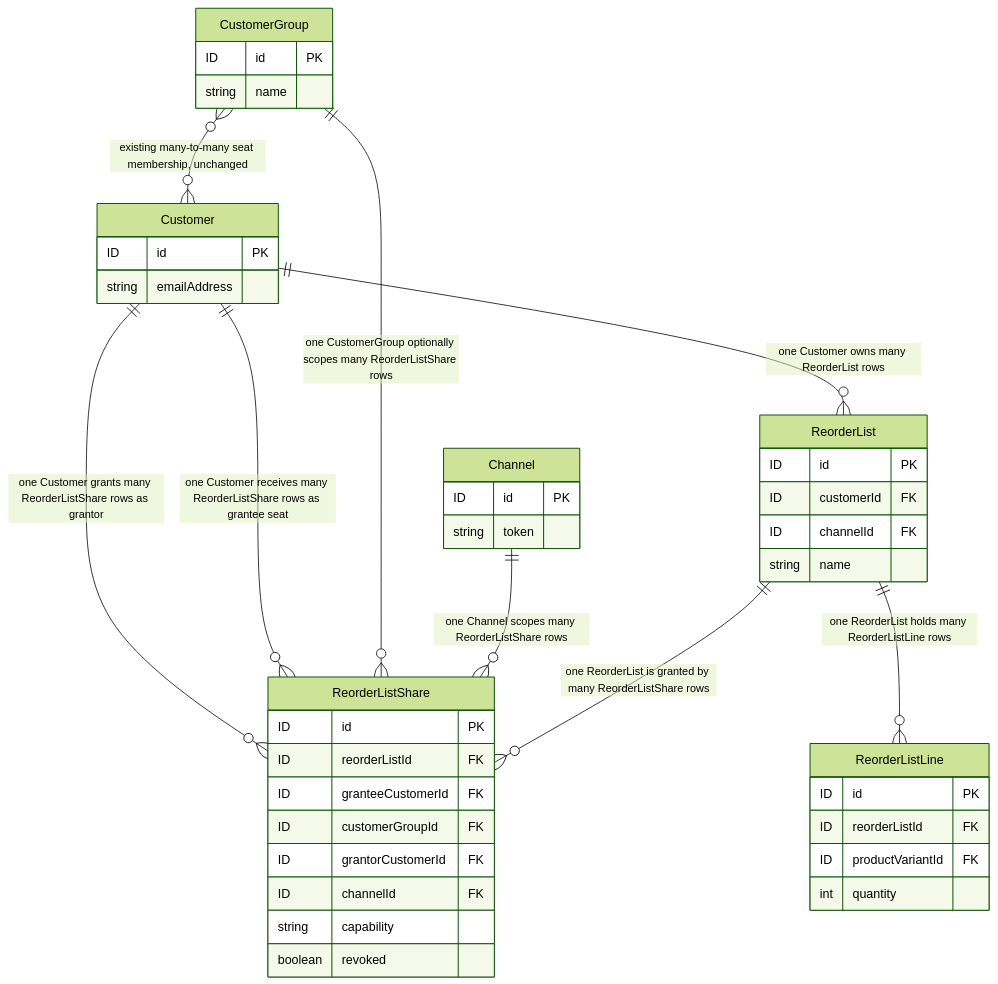
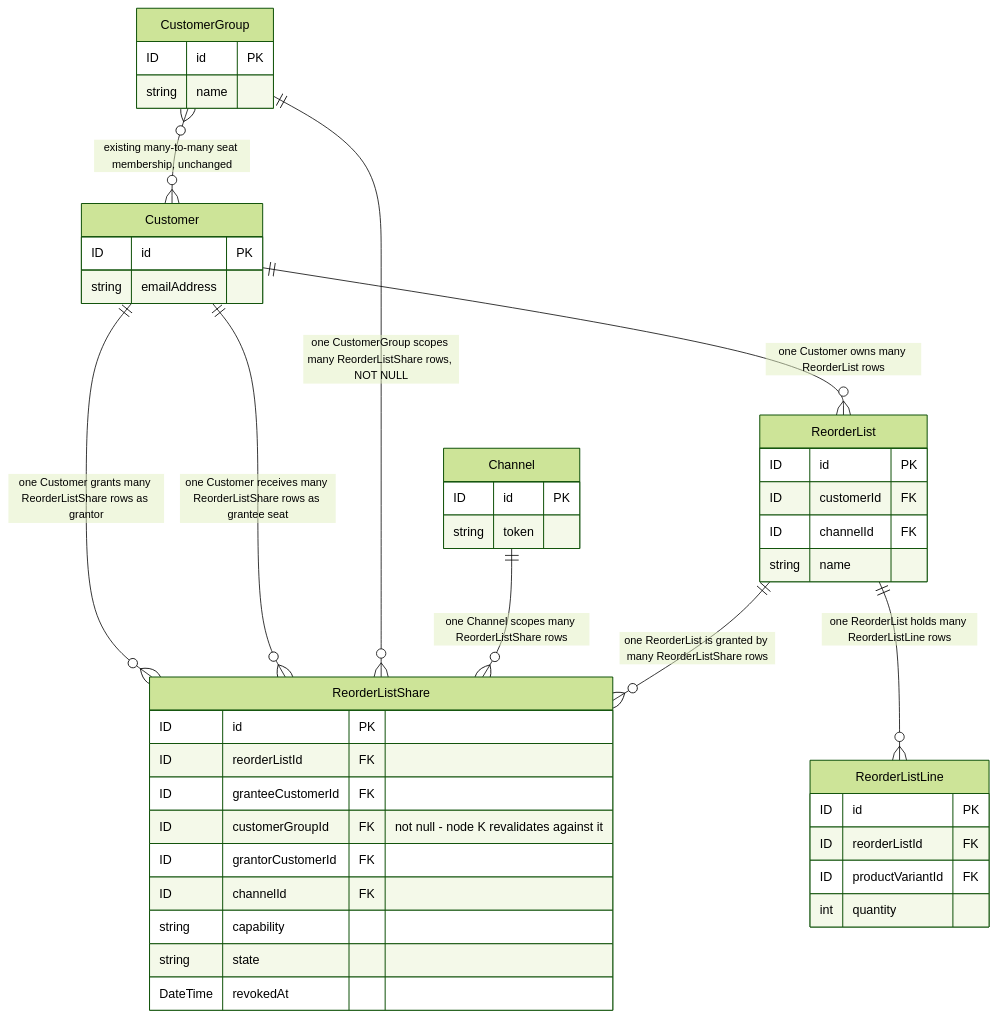
One commit to blitzy-public-samples/vendure changed the first of 2 diagrams in tickets/EPIC-001/FEATURE-001-06-buying-account-list-sharing.md. Above: the diagram before and after it, drawn with Mermaid (forest theme). The commit also changed other lines of this file and 10 other files, not shown here.

````diff
--- a/tickets/EPIC-001/FEATURE-001-06-buying-account-list-sharing.md
+++ b/tickets/EPIC-001/FEATURE-001-06-buying-account-list-sharing.md
@@ -118,55 +273,59 @@
 ```mermaid
 erDiagram
     Customer ||--o{ ReorderList : "one Customer owns many ReorderList rows"
     Customer ||--o{ ReorderListShare : "one Customer grants many ReorderListShare rows as grantor"
     Customer ||--o{ ReorderListShare : "one Customer receives many ReorderListShare rows as grantee seat"
-    CustomerGroup ||--o{ ReorderListShare : "one CustomerGroup optionally scopes many ReorderListShare rows"
+    CustomerGroup ||--o{ ReorderListShare : "one CustomerGroup scopes many ReorderListShare rows, NOT NULL"
     CustomerGroup }o--o{ Customer : "existing many-to-many seat membership, unchanged"
     Channel ||--o{ ReorderListShare : "one Channel scopes many ReorderListShare rows"
     ReorderList ||--o{ ReorderListShare : "one ReorderList is granted by many ReorderListShare rows"
     ReorderList ||--o{ ReorderListLine : "one ReorderList holds many ReorderListLine rows"
     Customer {
         ID id PK
         string emailAddress
     }
     CustomerGroup {
         ID id PK
         string name
     }
     Channel {
         ID id PK
         string token
     }
     ReorderList {
         ID id PK
         ID customerId FK
         ID channelId FK
         string name
     }
     ReorderListLine {
         ID id PK
         ID reorderListId FK
         ID productVariantId FK
         int quantity
     }
     ReorderListShare {
         ID id PK
         ID reorderListId FK
         ID granteeCustomerId FK
-        ID customerGroupId FK
+        ID customerGroupId FK "not null - node K revalidates against it"
         ID grantorCustomerId FK
         ID channelId FK
         string capability
-        boolean revoked
+        string state
+        DateTime revokedAt
     }
     %% Direction is the point of this figure. Every foreign key points FROM a plugin-owned
     %% table TO a core table, and never the other way: ReorderListShare.granteeCustomerId,
     %% ReorderListShare.grantorCustomerId and ReorderList.customerId all target Customer.id,
     %% ReorderListShare.customerGroupId targets CustomerGroup.id, ReorderListShare.channelId
     %% and ReorderList.channelId target Channel.id, ReorderListLine.productVariantId targets
     %% ProductVariant.id, and ReorderListShare.reorderListId stays inside the plugin.
     %% No column, relation or custom field is added to Customer, CustomerGroup or Channel,
     %% so no core table is altered and the migration is additive in both directions.
     %% The CustomerGroup-to-Customer many-to-many is drawn only to show that seat membership
     %% already exists; this feature reads it and writes nothing to it.
+    %% customerGroupId is NOT NULL on purpose: the authorisation predicate revalidates
+    %% current membership of that group per request, so a grant with no group would have
+    %% nothing to revalidate against and would keep working after a seat was removed.
 ```
````
